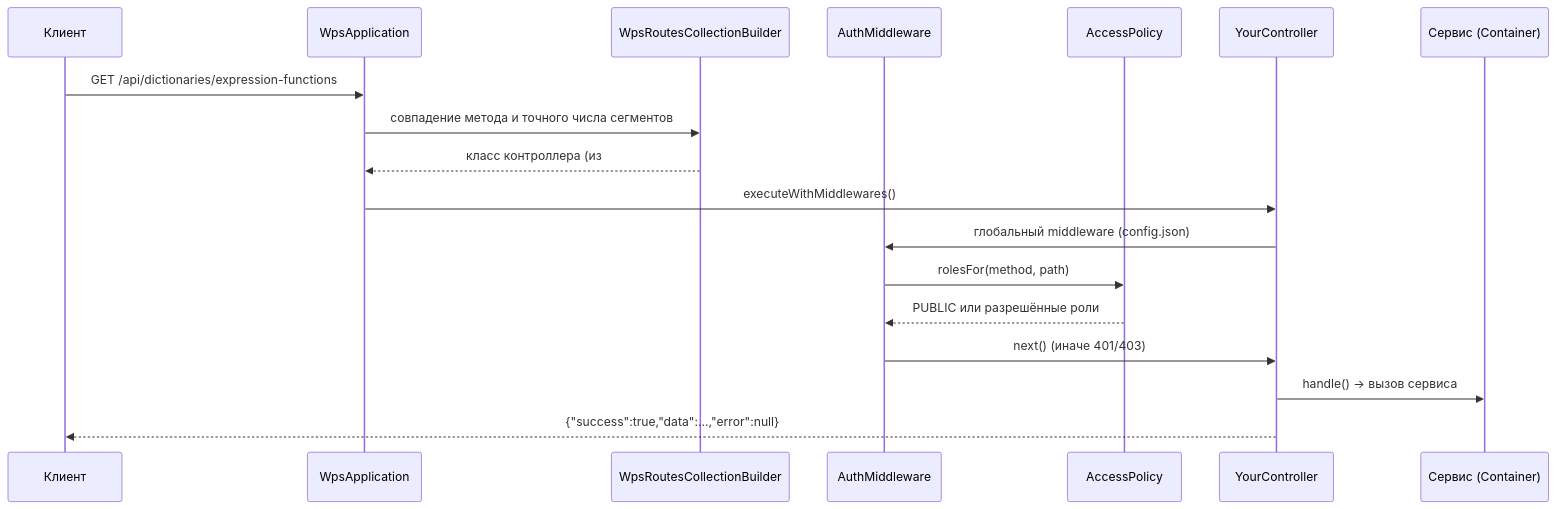
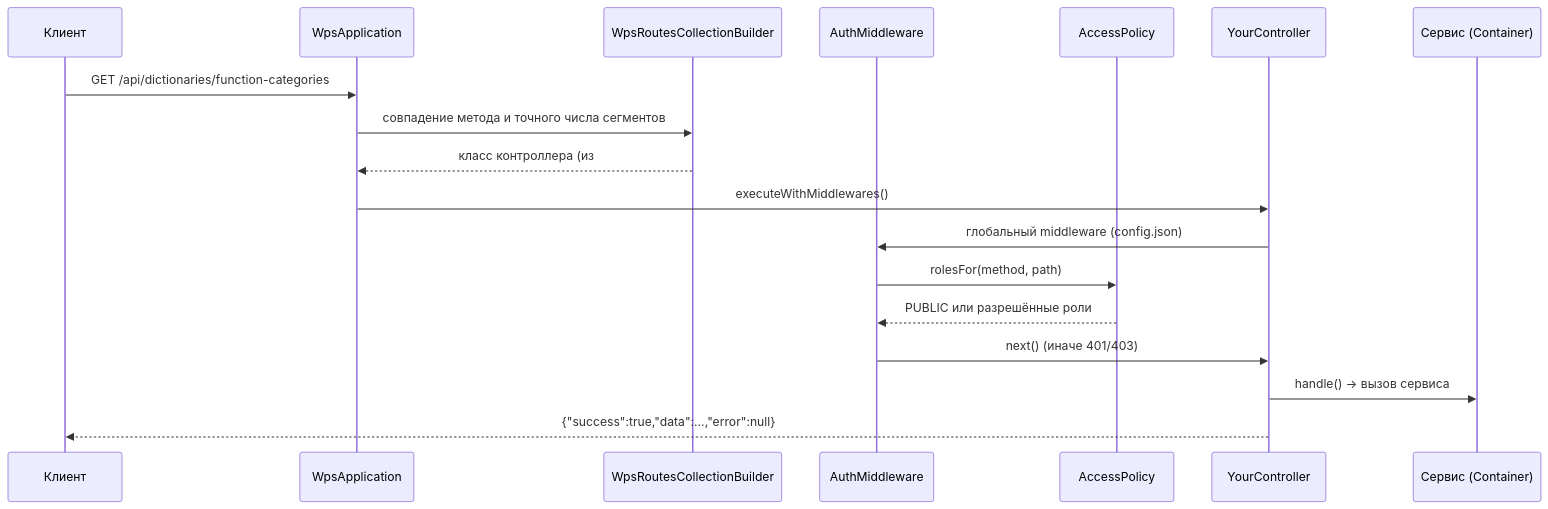
Before and after one commit to madarch-labs/Workflow-Processing-Service: the diagram in doc/ru/07-developer-guide/extending/new-api-endpoint.md, drawn with Mermaid. The commit also changed other lines of this file and 470 other files, not shown here.

````diff
--- a/doc/ru/07-developer-guide/extending/new-api-endpoint.md
+++ b/doc/ru/07-developer-guide/extending/new-api-endpoint.md
@@ -16,20 +33,20 @@
 ```mermaid
 sequenceDiagram
     participant C as Клиент
     participant A as WpsApplication
     participant R as WpsRoutesCollectionBuilder
     participant M as AuthMiddleware
     participant P as AccessPolicy
     participant Ctl as YourController
     participant S as Сервис (Container)
-    C->>A: GET /api/dictionaries/expression-functions
+    C->>A: GET /api/dictionaries/function-categories
     A->>R: совпадение метода и точного числа сегментов
     R-->>A: класс контроллера (из #[Route])
     A->>Ctl: executeWithMiddlewares()
     Ctl->>M: глобальный middleware (config.json)
     M->>P: rolesFor(method, path)
     P-->>M: PUBLIC или разрешённые роли
     M->>Ctl: next() (иначе 401/403)
     Ctl->>S: handle() → вызов сервиса
     Ctl-->>C: {"success":true,"data":…,"error":null}
 ```
````
